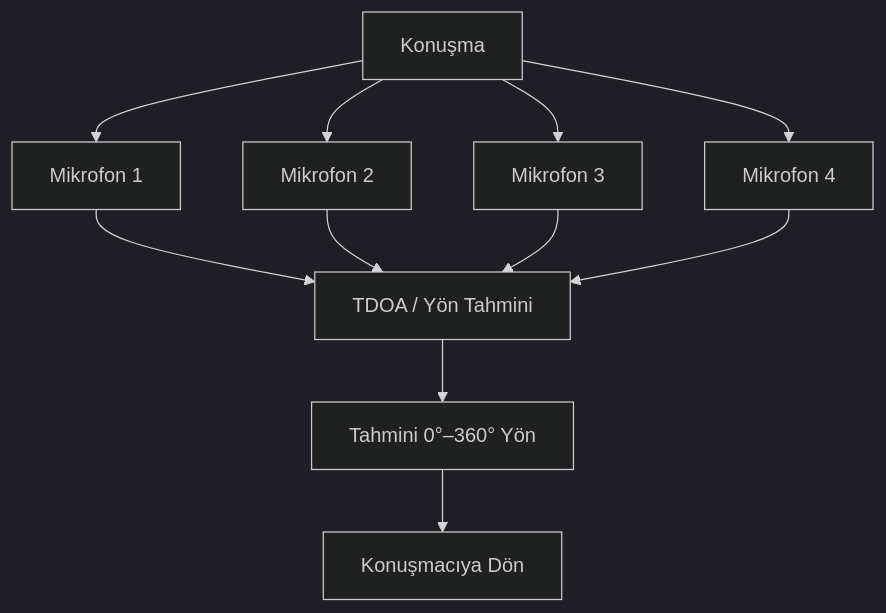
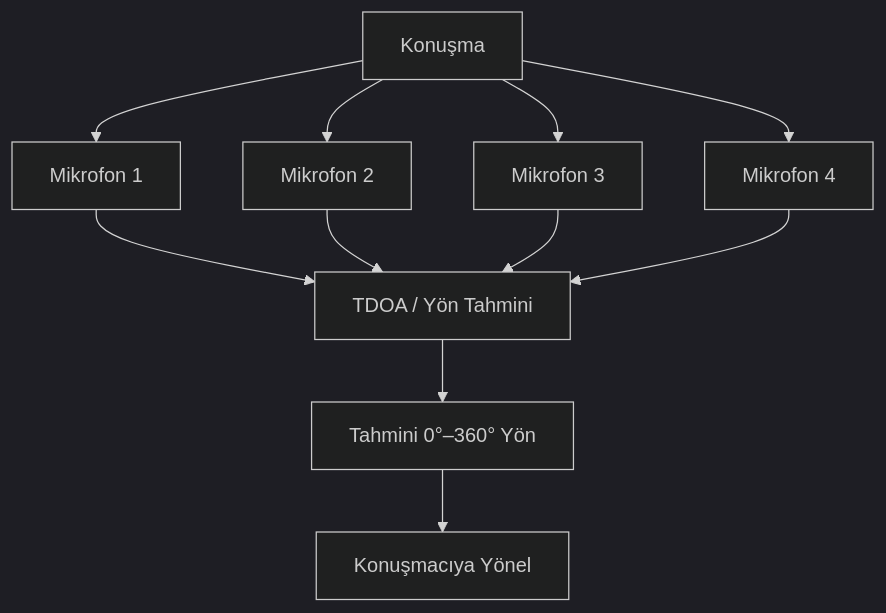
The second of 2 diagrams in README.tr.md (tahakubilay/Aura), drawn with Mermaid (dark theme) before and after one commit. The commit also changed other lines of this file, not shown here.

````diff
--- a/README.tr.md
+++ b/README.tr.md
@@ -108,13 +58,13 @@
 ```mermaid
 flowchart TD
     S[Konuşma] --> M1[Mikrofon 1]
     S --> M2[Mikrofon 2]
     S --> M3[Mikrofon 3]
     S --> M4[Mikrofon 4]
     M1 --> T[TDOA / Yön Tahmini]
     M2 --> T
     M3 --> T
     M4 --> T
     T --> A[Tahmini 0°–360° Yön]
-    A --> R[Konuşmacıya Dön]
+    A --> R[Konuşmacıya Yönel]
 ```
````
